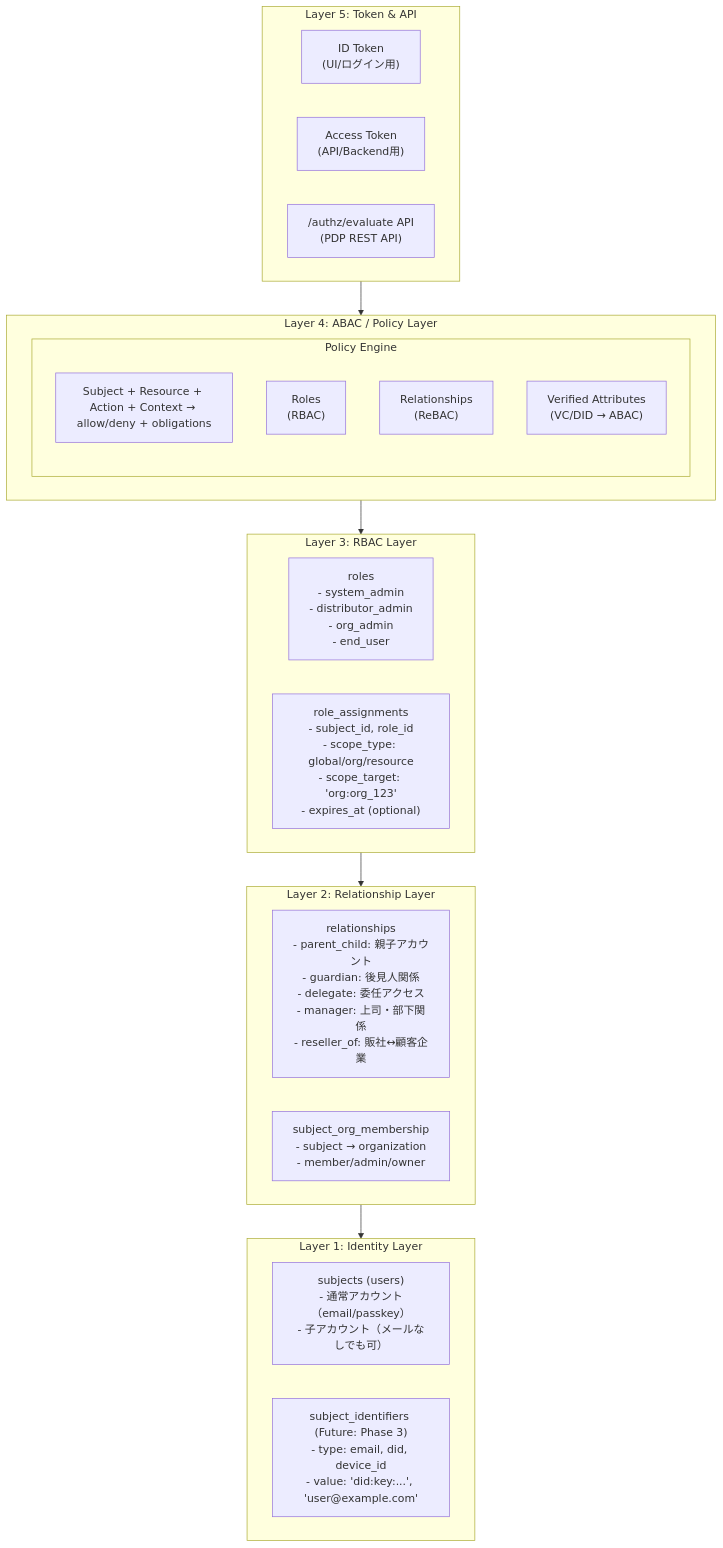
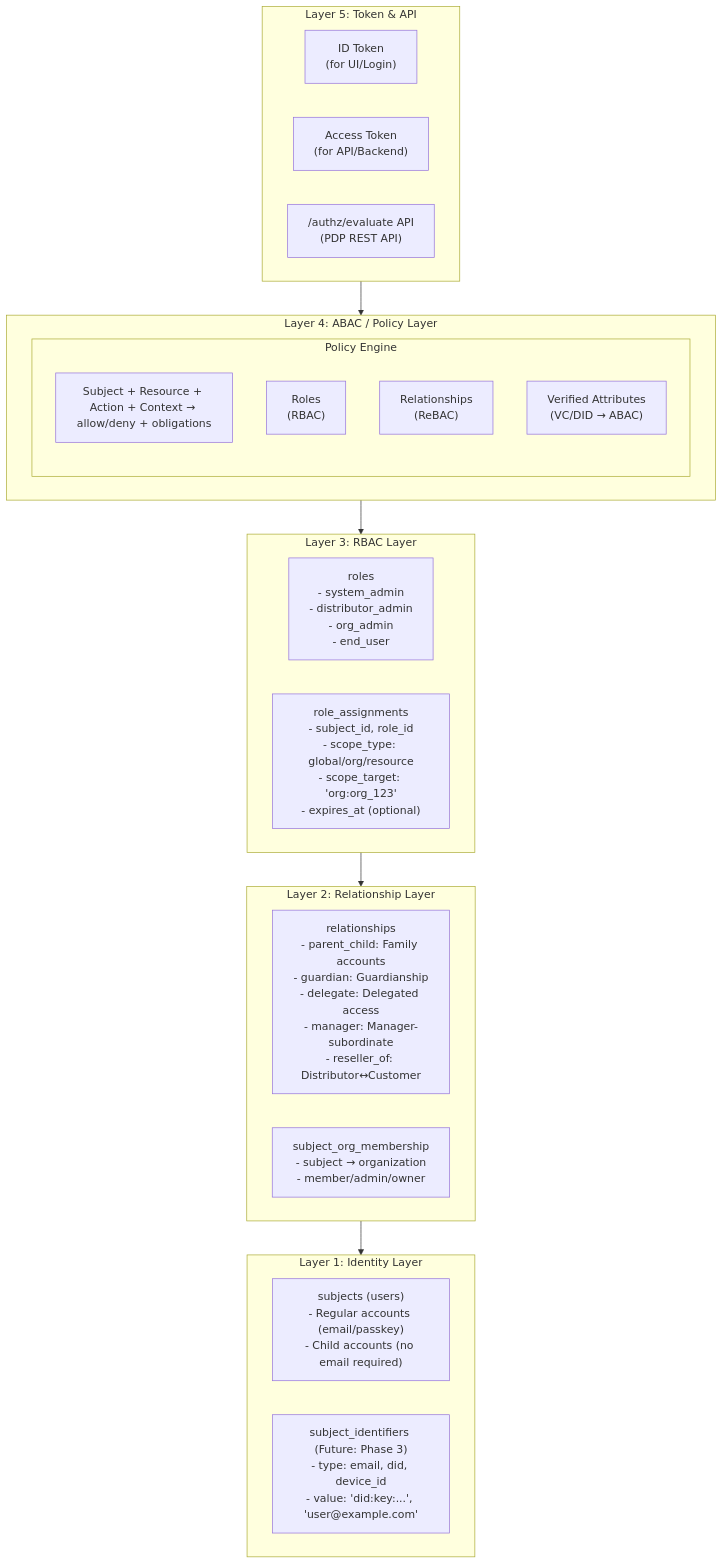
The first of 3 diagrams in docs/project-management/RBAC_IMPLEMENTATION_PLAN.md (sgrastar/authrim), drawn with Mermaid before and after one commit. The commit also changed other lines of this file and 28 other files, not shown here.

````diff
--- a/docs/project-management/RBAC_IMPLEMENTATION_PLAN.md
+++ b/docs/project-management/RBAC_IMPLEMENTATION_PLAN.md
@@ -39,37 +39,37 @@
 ```mermaid
 flowchart TB
     subgraph L5["Layer 5: Token & API"]
-        IDToken["ID Token<br/>(UI/ログイン用)"]
-        AccessToken["Access Token<br/>(API/Backend用)"]
+        IDToken["ID Token<br/>(for UI/Login)"]
+        AccessToken["Access Token<br/>(for API/Backend)"]
         AuthzAPI["/authz/evaluate API<br/>(PDP REST API)"]
     end
 
     subgraph L4["Layer 4: ABAC / Policy Layer"]
         subgraph PolicyEngine["Policy Engine"]
             PE_DESC["Subject + Resource + Action + Context → allow/deny + obligations"]
             Roles["Roles<br/>(RBAC)"]
             Relationships["Relationships<br/>(ReBAC)"]
             VerifiedAttr["Verified Attributes<br/>(VC/DID → ABAC)"]
         end
     end
 
     subgraph L3["Layer 3: RBAC Layer"]
         RolesTable["roles<br/>- system_admin<br/>- distributor_admin<br/>- org_admin<br/>- end_user"]
         RoleAssign["role_assignments<br/>- subject_id, role_id<br/>- scope_type: global/org/resource<br/>- scope_target: 'org:org_123'<br/>- expires_at (optional)"]
     end
 
     subgraph L2["Layer 2: Relationship Layer"]
-        RelTable["relationships<br/>- parent_child: 親子アカウント<br/>- guardian: 後見人関係<br/>- delegate: 委任アクセス<br/>- manager: 上司・部下関係<br/>- reseller_of: 販社↔顧客企業"]
+        RelTable["relationships<br/>- parent_child: Family accounts<br/>- guardian: Guardianship<br/>- delegate: Delegated access<br/>- manager: Manager-subordinate<br/>- reseller_of: Distributor↔Customer"]
         OrgMember["subject_org_membership<br/>- subject → organization<br/>- member/admin/owner"]
     end
 
     subgraph L1["Layer 1: Identity Layer"]
-        Subjects["subjects (users)<br/>- 通常アカウント（email/passkey）<br/>- 子アカウント（メールなしでも可）"]
+        Subjects["subjects (users)<br/>- Regular accounts (email/passkey)<br/>- Child accounts (no email required)"]
         SubjectID["subject_identifiers (Future: Phase 3)<br/>- type: email, did, device_id<br/>- value: 'did:key:...', 'user@example.com'"]
     end
 
     L5 --> L4
     L4 --> L3
     L3 --> L2
     L2 --> L1
 ```
````
